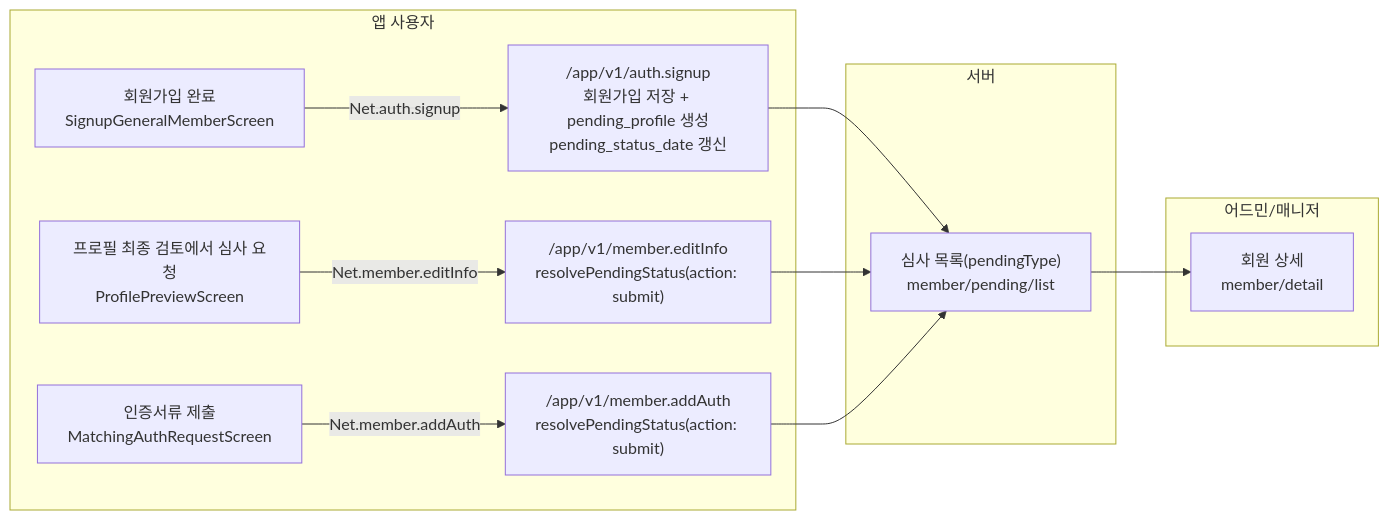
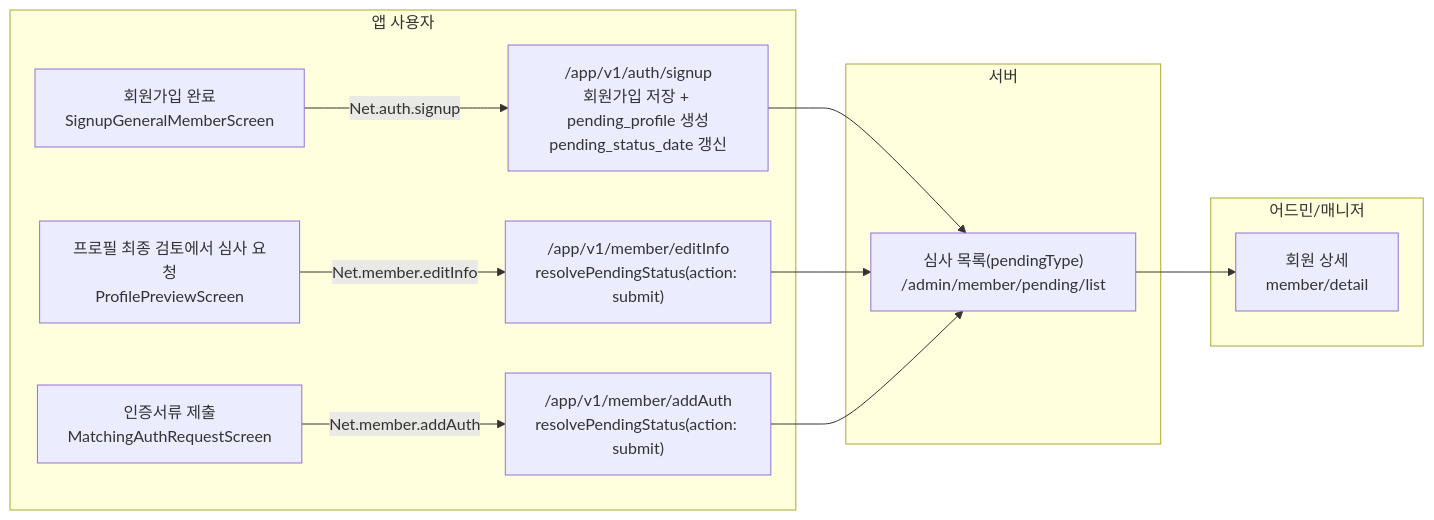
The second of 4 diagrams in content/architecture/member-review-fsm.md (coupler-developer/docs), drawn with Mermaid before and after one commit. The commit also changed other lines of this file and 3 other files, not shown here.

First line of the commit message:
docs: 회원 심사 FSM/플로우 정합성 정리

````diff
--- a/content/architecture/member-review-fsm.md
+++ b/content/architecture/member-review-fsm.md
@@ -59,19 +60,19 @@
 ```mermaid
 flowchart LR
   subgraph APP[앱 사용자]
     A1["회원가입 완료\nSignupGeneralMemberScreen"] -->|Net.auth.signup| S1
     A2["프로필 최종 검토에서 심사 요청\nProfilePreviewScreen"] -->|Net.member.editInfo| S2
     A3["인증서류 제출\nMatchingAuthRequestScreen"] -->|Net.member.addAuth| S3
   end
   subgraph SERVER[서버]
-    S1["/app/v1/auth.signup\n회원가입 저장 + pending_profile 생성\npending_status_date 갱신"]
-    S2["/app/v1/member.editInfo\nresolvePendingStatus(action: submit)"]
-    S3["/app/v1/member.addAuth\nresolvePendingStatus(action: submit)"]
+    S1["/app/v1/auth/signup\n회원가입 저장 + pending_profile 생성\npending_status_date 갱신"]
+    S2["/app/v1/member/editInfo\nresolvePendingStatus(action: submit)"]
+    S3["/app/v1/member/addAuth\nresolvePendingStatus(action: submit)"]
     S1 --> L1
     S2 --> L1
     S3 --> L1
   end
   subgraph ADMIN[어드민/매니저]
-    L1["심사 목록(pendingType)\nmember/pending/list"] --> D1["회원 상세\nmember/detail"]
+    L1["심사 목록(pendingType)\n/admin/member/pending/list"] --> D1["회원 상세\nmember/detail"]
   end
 ```
````
